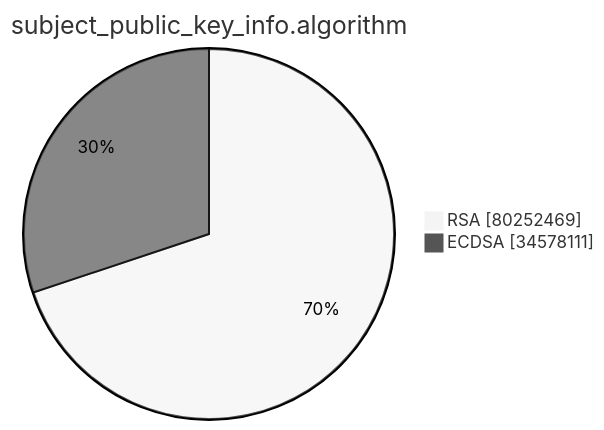
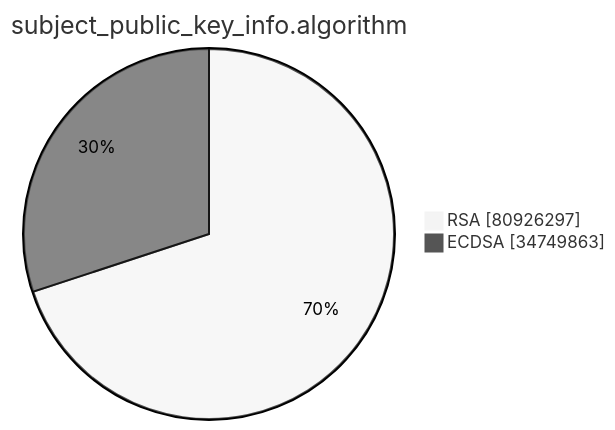
One commit to christiankrug/ctmonitor_visualization changed the second of 15 diagrams in argon2023/README.md. Above: the diagram before and after it, drawn with Mermaid (neutral theme). The commit also changed other lines of this file, not shown here.

````diff
--- a/argon2023/README.md
+++ b/argon2023/README.md
@@ -6,6 +6,6 @@
 ```mermaid
 pie showData
 title subject_public_key_info.algorithm
-"RSA" :80252469
-"ECDSA" :34578111
+"RSA" :80926297
+"ECDSA" :34749863
 ```
````
